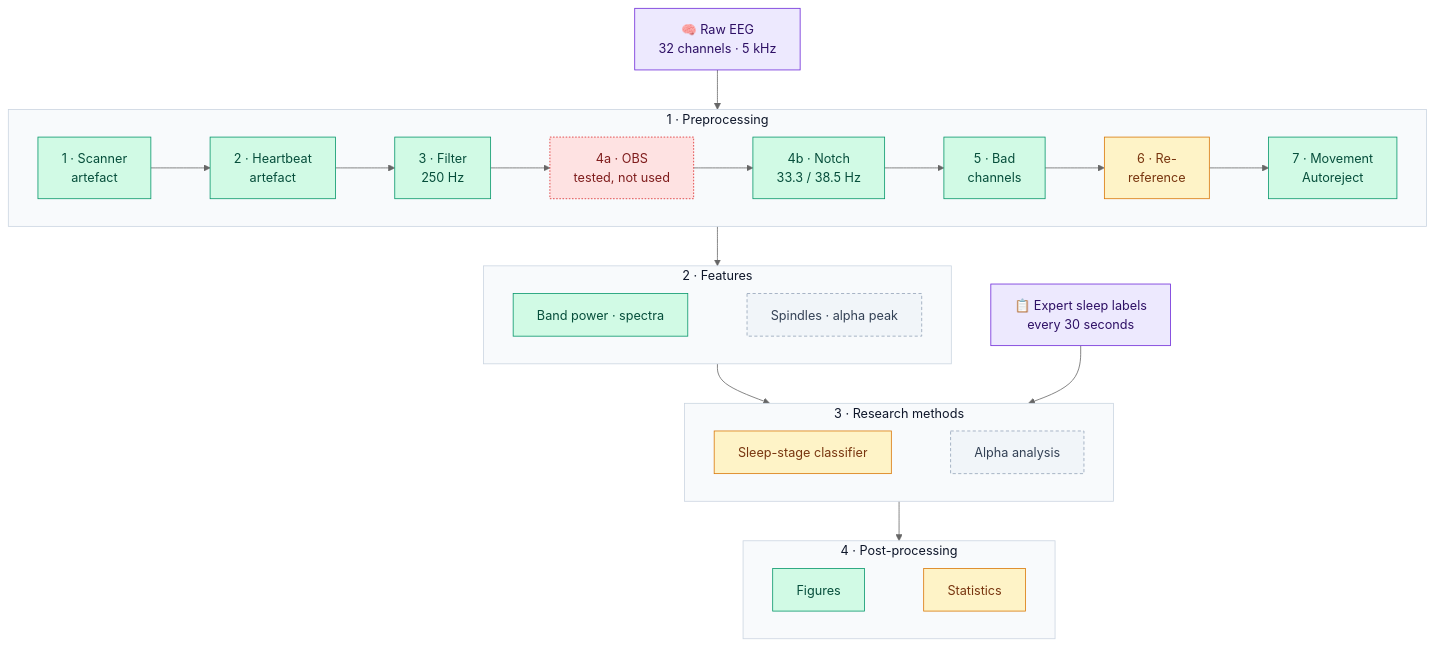
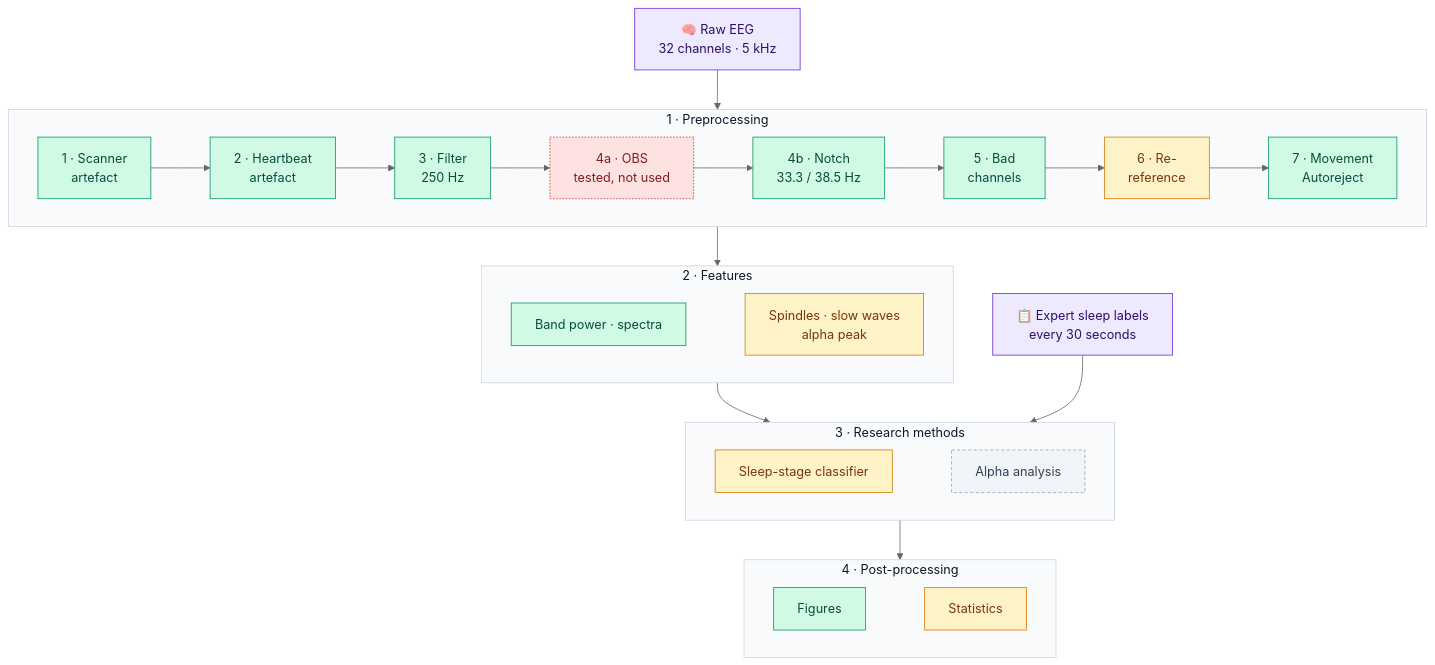
The diagram in README.md (besrabhagyashree/sleep-eeg-fmri), drawn with Mermaid (neutral theme) before and after one commit. The commit also changed other lines of this file and 7 other files, not shown here.

````diff
--- a/README.md
+++ b/README.md
@@ -34,35 +34,35 @@
 ```mermaid
 flowchart TB
     RAW["🧠 Raw EEG<br/>32 channels · 5 kHz"]:::data
 
     subgraph S1 ["1 · Preprocessing"]
         direction LR
         P1["1 · Scanner<br/>artefact"]:::done --> P2["2 · Heartbeat<br/>artefact"]:::done --> P3["3 · Filter<br/>250 Hz"]:::done --> P4A["4a · OBS<br/>tested, not used"]:::rejected --> P4B["4b · Notch<br/>33.3 / 38.5 Hz"]:::done --> P5["5 · Bad<br/>channels"]:::done --> P6["6 · Re-<br/>reference"]:::wip --> P7["7 · Movement<br/>Autoreject"]:::done
     end
     subgraph S2 ["2 · Features"]
         direction LR
-        F1["Band power · spectra"]:::done ~~~ F2["Spindles · alpha peak"]:::todo
+        F1["Band power · spectra"]:::done ~~~ F2["Spindles · slow waves<br/>alpha peak"]:::wip
     end
     subgraph S3 ["3 · Research methods"]
         direction LR
         M1["Sleep-stage classifier"]:::wip ~~~ M2["Alpha analysis"]:::todo
     end
     LAB["📋 Expert sleep labels<br/>every 30 seconds"]:::data
     subgraph S4 ["4 · Post-processing"]
         direction LR
         Q1["Figures"]:::done ~~~ Q2["Statistics"]:::wip
     end
 
     RAW --> S1 --> S2 --> S3 --> S4
     LAB --> S3
 
     classDef done fill:#d1fae5,stroke:#059669,color:#064e3b
     classDef wip fill:#fef3c7,stroke:#d97706,color:#78350f
     classDef todo fill:#f1f5f9,stroke:#94a3b8,color:#334155,stroke-dasharray: 4 3
     classDef data fill:#ede9fe,stroke:#6d28d9,color:#2e1065
     classDef rejected fill:#fee2e2,stroke:#dc2626,color:#7f1d1d,stroke-dasharray: 2 2
     style S1 fill:#f8fafc,stroke:#cbd5e1,color:#0f172a
     style S2 fill:#f8fafc,stroke:#cbd5e1,color:#0f172a
     style S3 fill:#f8fafc,stroke:#cbd5e1,color:#0f172a
     style S4 fill:#f8fafc,stroke:#cbd5e1,color:#0f172a
 ```
````
